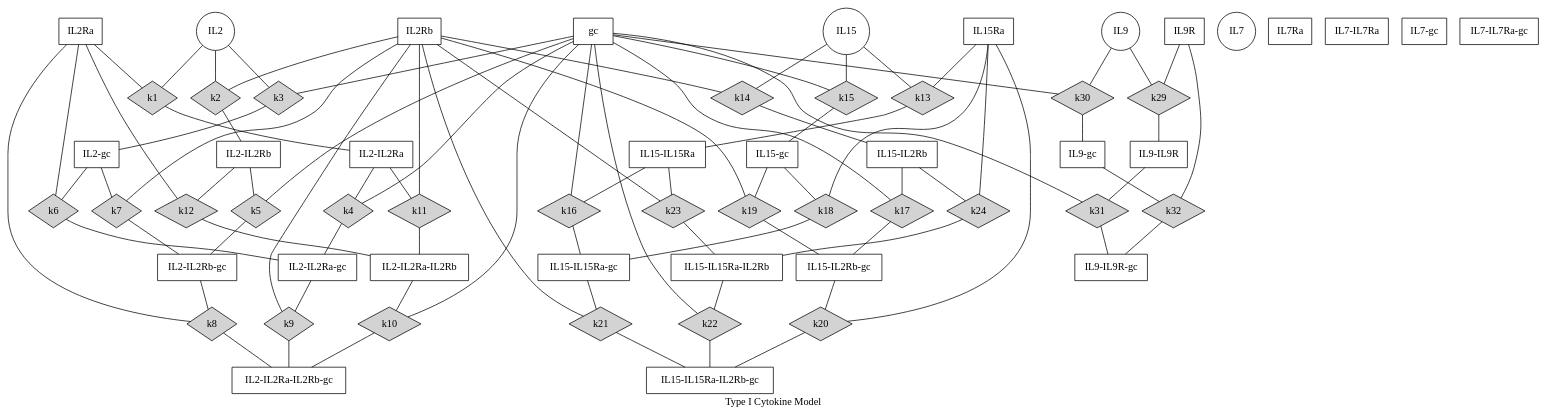
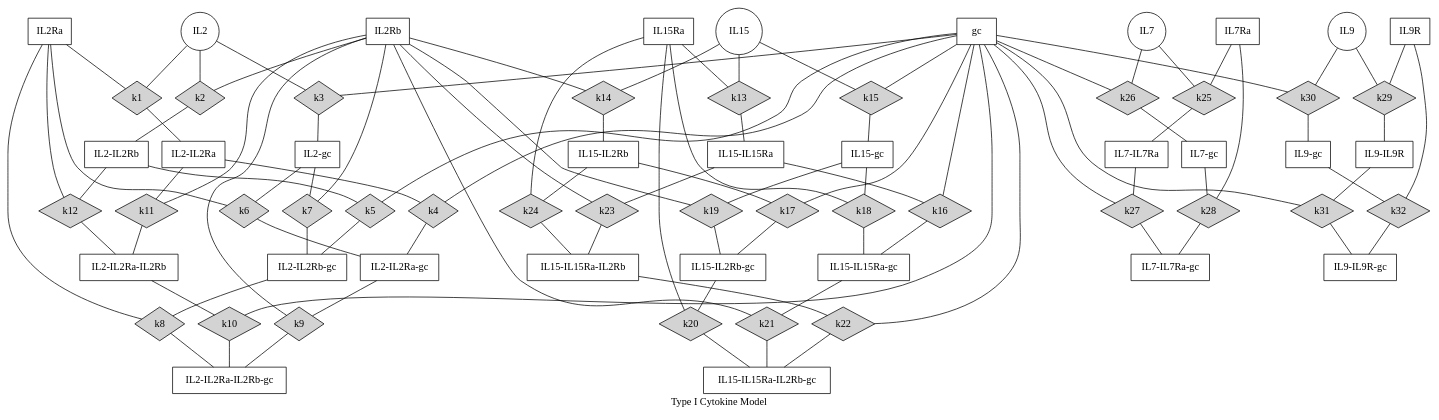
Before and after one commit to meyer-lab/gc-valent: the diagram in ckine/data/graph_all.gv, drawn with Graphviz.

Commit message:
added IL7 k values

```diff
--- a/ckine/data/graph_all.gv
+++ b/ckine/data/graph_all.gv
@@ -166,7 +166,25 @@
 "IL15Ra" -> "k24" [dir=none,weight=1];
 "k24" -> "IL15-IL15Ra-IL2Rb" [dir=none, weight=2];
 
+"k25" [shape=diamond,style=filled,height=.1,width=.1];
+"IL7" -> "k25" [dir=none,weight=1];
+"IL7Ra" -> "k25" [dir=none,weight=1];
+"k25" -> "IL7-IL7Ra" [dir=none, weight=2];
 
+"k26" [shape=diamond,style=filled,height=.1,width=.1];
+"IL7" -> "k26" [dir=none,weight=1];
+"gc" -> "k26" [dir=none,weight=1];
+"k26" -> "IL7-gc" [dir=none, weight=2];
+
+"k27" [shape=diamond,style=filled,height=.1,width=.1];
+"IL7-IL7Ra" -> "k27" [dir=none,weight=1];
+"gc" -> "k27" [dir=none,weight=1];
+"k27" -> "IL7-IL7Ra-gc" [dir=none, weight=2];
+
+"k28" [shape=diamond,style=filled,height=.1,width=.1];
+"IL7-gc" -> "k28" [dir=none,weight=1];
+"IL7Ra" -> "k28" [dir=none,weight=1];
+"k28" -> "IL7-IL7Ra-gc" [dir=none, weight=2];
 
 "k29" [shape=diamond,style=filled,height=.1,width=.1];
 "IL9" -> "k29" [dir=none,weight=1];
```
